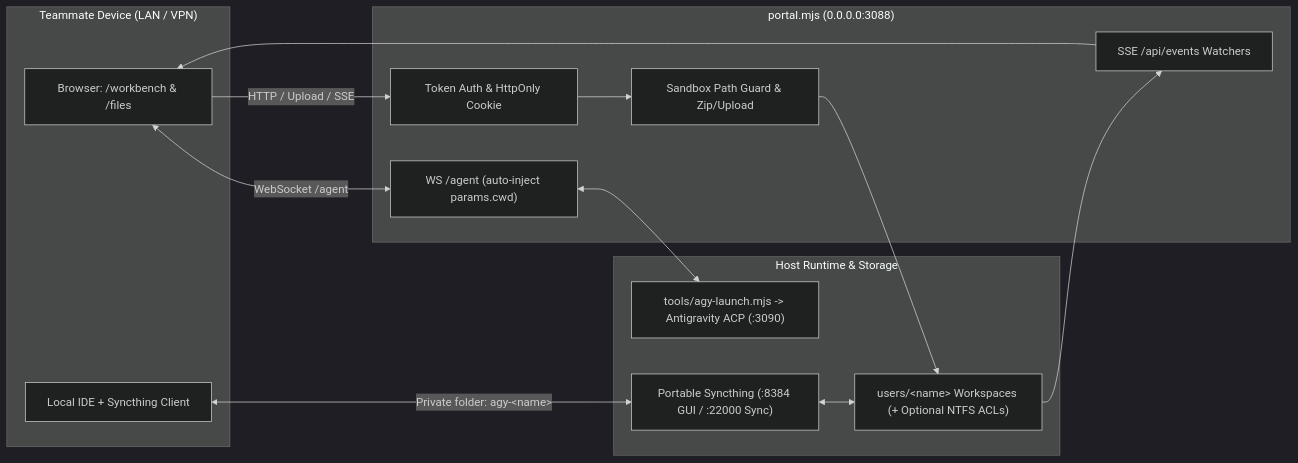
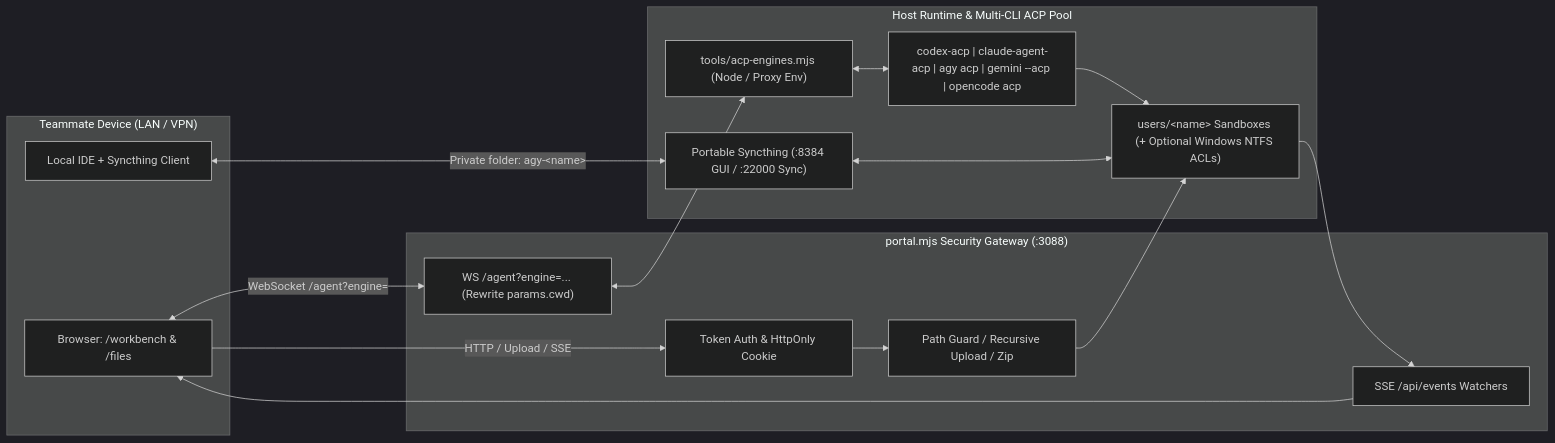
One commit to fangqian616/LanCode-Workbench changed the diagram in README.md. Above: the diagram before and after it, drawn with Mermaid (dark theme). The commit also changed other lines of this file and 14 other files, not shown here.

Commit message:
feat: upgrade to LanCode-Workbench with multi-CLI ACP switching (Codex, Claude, AGY, Gemini)

````diff
--- a/README.md
+++ b/README.md
@@ -76,27 +88,28 @@
 ```mermaid
 flowchart LR
     subgraph Client["Teammate Device (LAN / VPN)"]
         Browser["Browser: /workbench &amp; /files"]
         LocalIDE["Local IDE + Syncthing Client"]
     end
 
-    subgraph Portal["portal.mjs (0.0.0.0:3088)"]
+    subgraph Portal["portal.mjs Security Gateway (:3088)"]
         Auth["Token Auth &amp; HttpOnly Cookie"]
-        Guard["Sandbox Path Guard &amp; Zip/Upload"]
-        WSProxy["WS /agent (auto-inject params.cwd)"]
+        Guard["Path Guard / Recursive Upload / Zip"]
+        WSRouter["WS /agent?engine=... (Rewrite params.cwd)"]
         SSE["SSE /api/events Watchers"]
     end
 
-    subgraph Host["Host Runtime &amp; Storage"]
-        CLI["tools/agy-launch.mjs -&gt; Antigravity ACP (:3090)"]
-        Sandboxes["users/&lt;name&gt; Workspaces (+ Optional NTFS ACLs)"]
+    subgraph Host["Host Runtime &amp; Multi-CLI ACP Pool"]
+        EngMgr["tools/acp-engines.mjs (Node / Proxy Env)"]
+        Adapters["codex-acp | claude-agent-acp | agy acp | gemini --acp | opencode acp"]
+        Sandboxes["users/&lt;name&gt; Sandboxes (+ Optional Windows NTFS ACLs)"]
         Sync["Portable Syncthing (:8384 GUI / :22000 Sync)"]
     end
 
     Browser -->|"HTTP / Upload / SSE"| Auth
     Auth --> Guard --> Sandboxes
-    Browser <-->|"WebSocket /agent"| WSProxy
-    WSProxy <--> CLI
-    Sandboxes --> SSE --> Browser
+    Browser <-->|"WebSocket /agent?engine="| WSRouter
+    WSRouter <--> EngMgr <--> Adapters
+    Adapters --> Sandboxes --> SSE --> Browser
     LocalIDE <-->|"Private folder: agy-&lt;name&gt;"| Sync <--> Sandboxes
 ```
````
